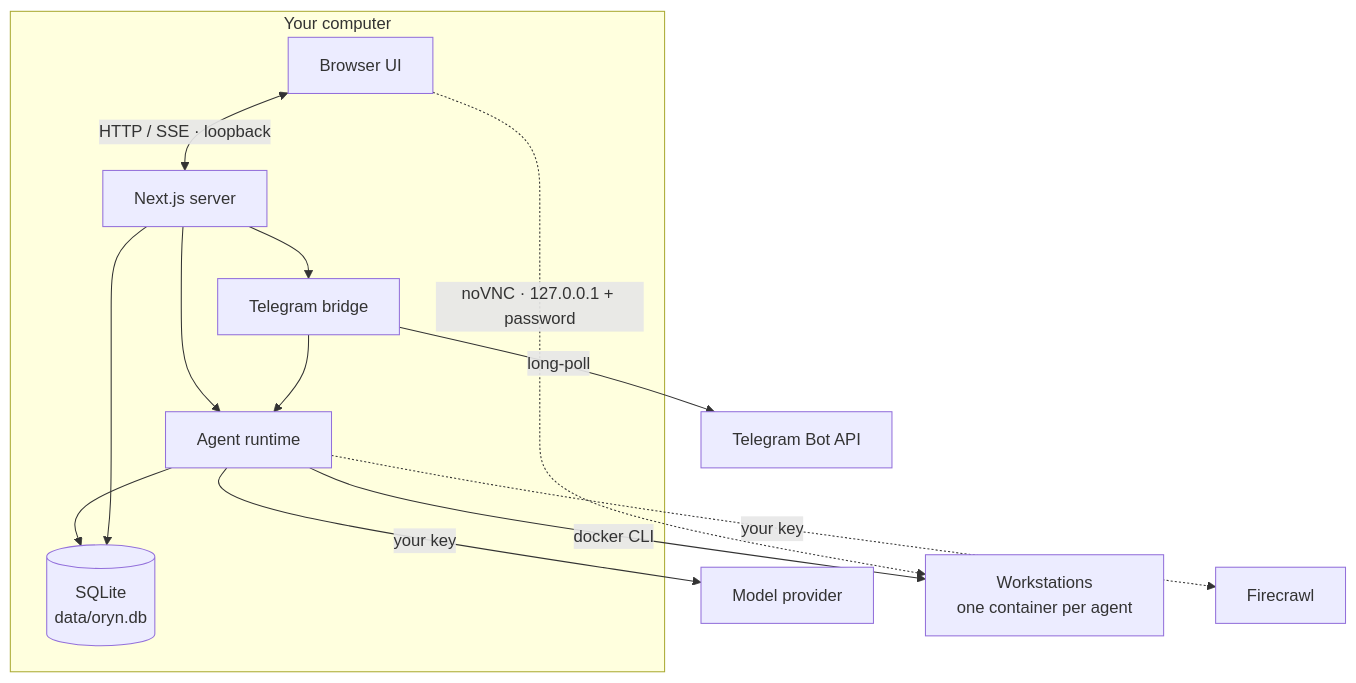
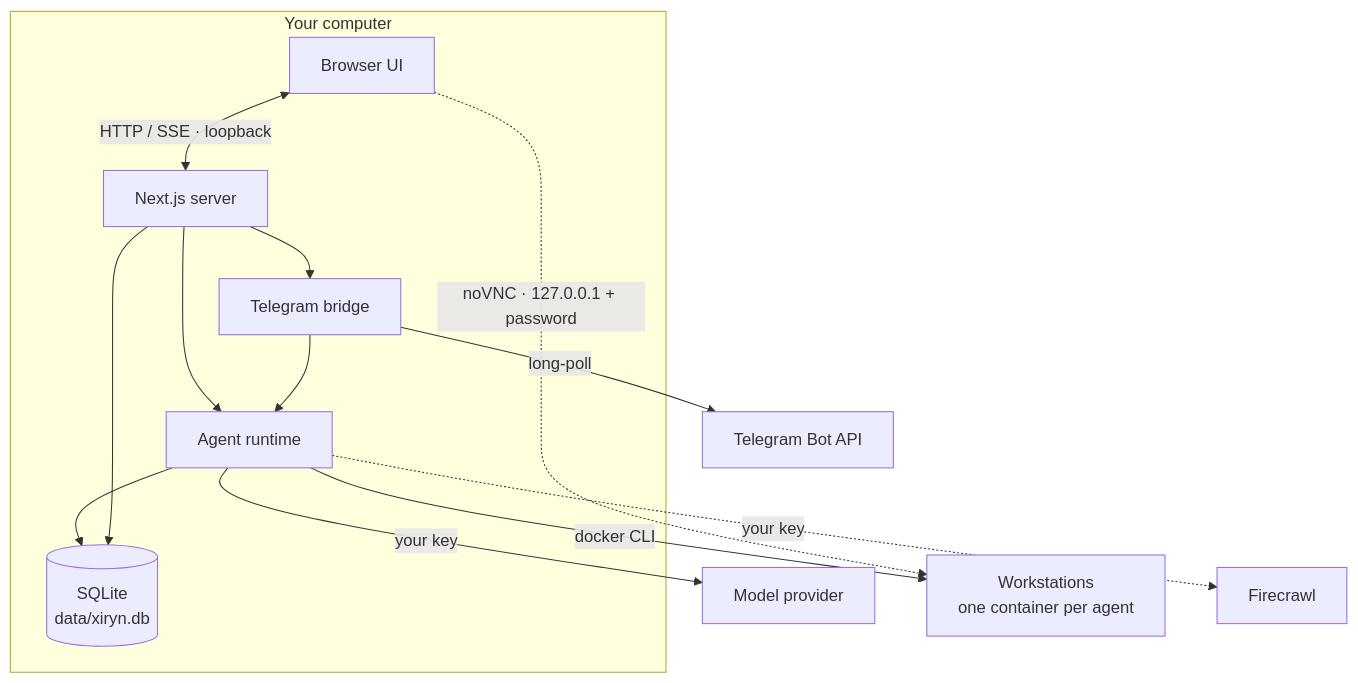
One commit to Peixer/xiryn changed the diagram in docs/architecture.md. Above: the diagram before and after it, drawn with Mermaid. The commit also changed other lines of this file and 81 other files, not shown here.

````diff
--- a/docs/architecture.md
+++ b/docs/architecture.md
@@ -5,22 +5,22 @@
 ```mermaid
 graph TB
     subgraph host [Your computer]
         ui[Browser UI]
         server[Next.js server]
         runtime[Agent runtime]
         bridge[Telegram bridge]
-        db[(SQLite<br/>data/oryn.db)]
+        db[(SQLite<br/>data/xiryn.db)]
         ui <-->|HTTP / SSE · loopback| server
         server --> runtime
         server --> bridge
         runtime --> db
         bridge --> runtime
         server --> db
     end
 
     runtime -->|your key| models[Model provider]
     runtime -->|docker CLI| ws[Workstations<br/>one container per agent]
     runtime -.->|your key| firecrawl[Firecrawl]
     bridge -->|long-poll| telegram[Telegram Bot API]
     ui -.->|noVNC · 127.0.0.1 + password| ws
 ```
````
